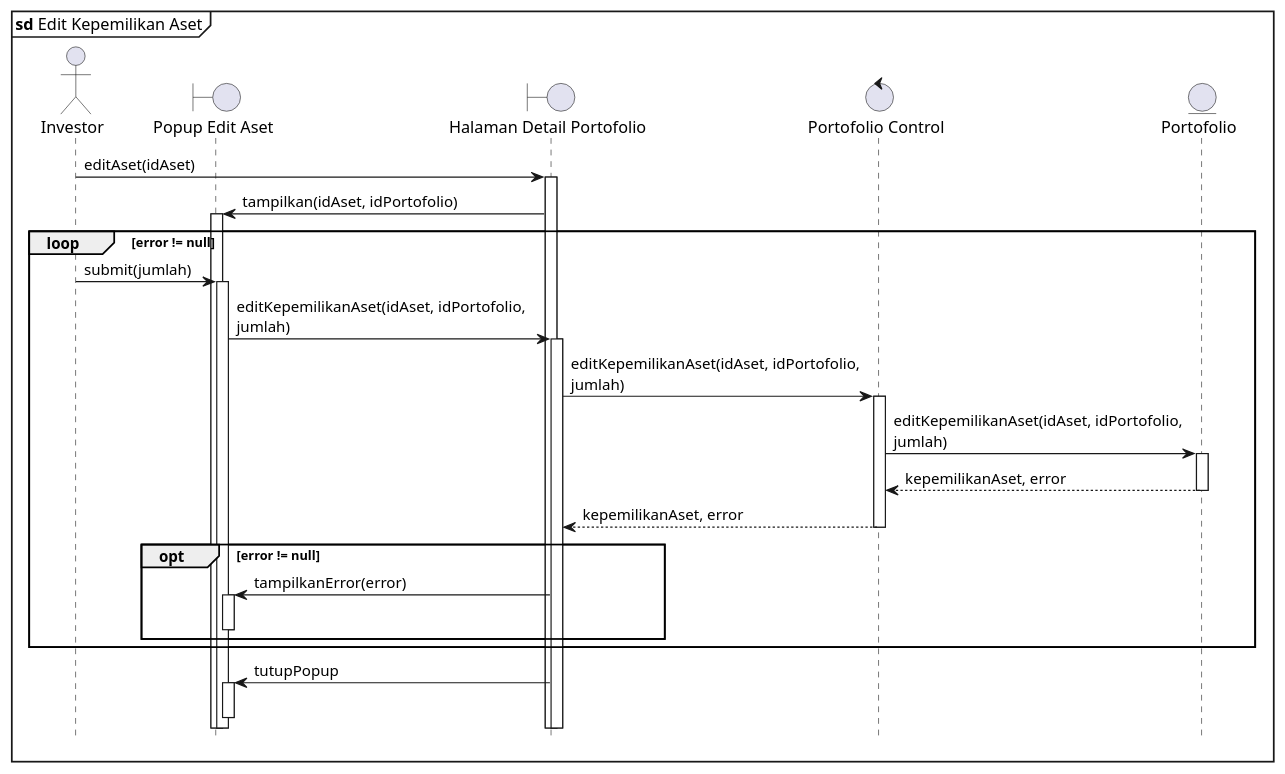
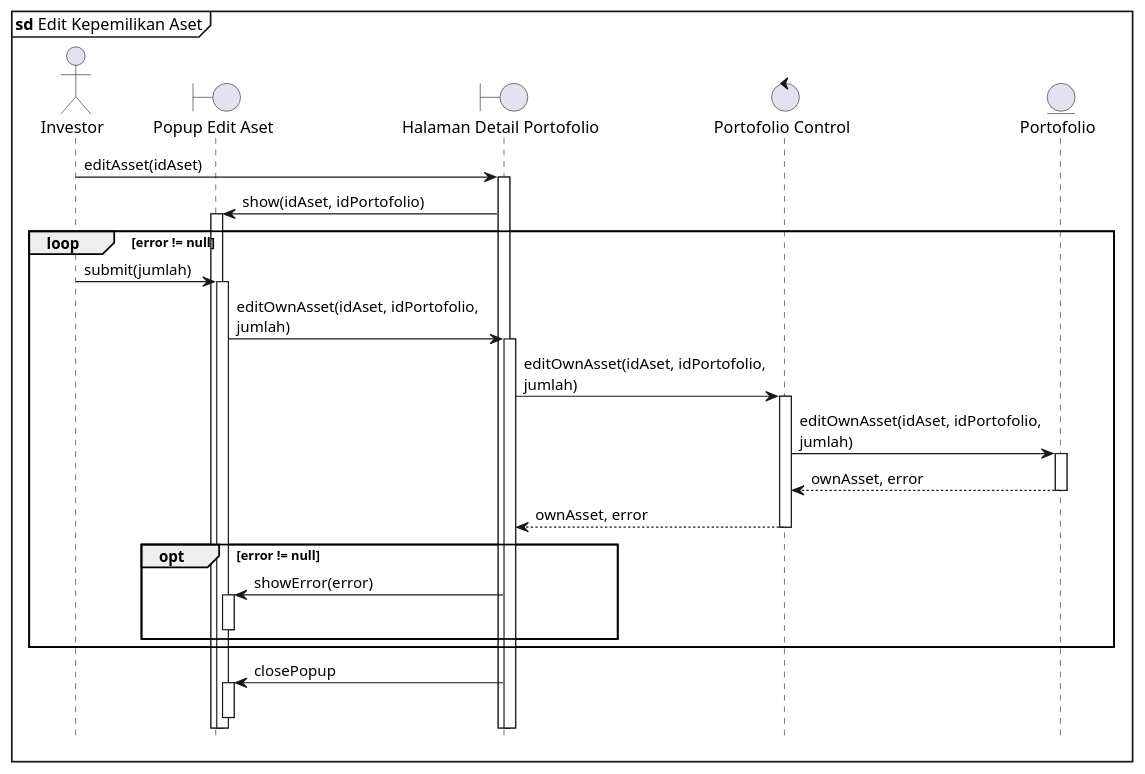
Before and after one commit to clarestarahma/manajemen-investasi: the diagram in sequence/edit-aset.puml, drawn with PlantUML. The commit also changed 12 other files, not shown here.

```diff
--- a/sequence/edit-aset.puml
+++ b/sequence/edit-aset.puml
@@ -1,36 +1,36 @@
 @startuml Sequence
 
 skinparam maxMessageSize 250
 
 hide footbox
 autoactivate on
 
 mainframe **sd** Edit Kepemilikan Aset
 
 actor Investor as I
 boundary "Popup Edit Aset" as PEA
 boundary "Halaman Detail Portofolio" as HDP
 control "Portofolio Control" as PC
 entity "Portofolio" as P
 
-I -> HDP : editAset(idAset)
-HDP -> PEA : tampilkan(idAset, idPortofolio)
+I -> HDP : editAsset(idAset)
+HDP -> PEA : show(idAset, idPortofolio)
 
 loop error != null
   I -> PEA : submit(jumlah)
-  PEA -> HDP : editKepemilikanAset(idAset, idPortofolio, jumlah)
-  HDP -> PC : editKepemilikanAset(idAset, idPortofolio, jumlah)
-  PC -> P : editKepemilikanAset(idAset, idPortofolio, jumlah)
-  P --> PC : kepemilikanAset, error
-  PC --> HDP : kepemilikanAset, error
+  PEA -> HDP : editOwnAsset(idAset, idPortofolio, jumlah)
+  HDP -> PC : editOwnAsset(idAset, idPortofolio, jumlah)
+  PC -> P : editOwnAsset(idAset, idPortofolio, jumlah)
+  P --> PC : ownAsset, error
+  PC --> HDP : ownAsset, error
 
   opt error != null
-    HDP -> PEA : tampilkanError(error)
+    HDP -> PEA : showError(error)
     deactivate PEA
   end
 end
 
-HDP -> PEA : tutupPopup
+HDP -> PEA : closePopup
 deactivate PEA
 
 @enduml
```
